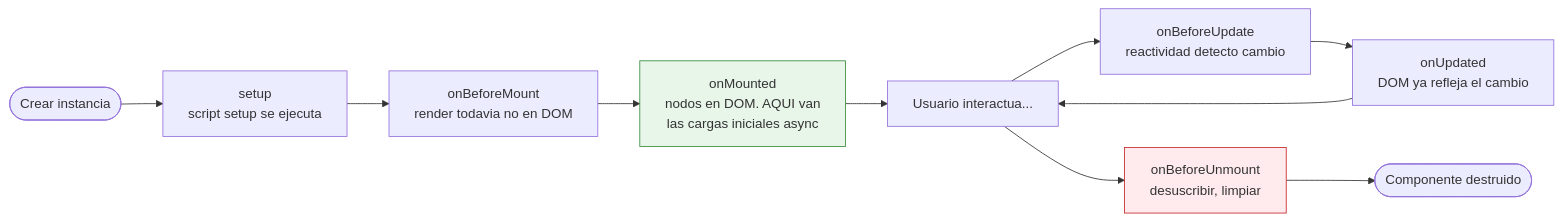
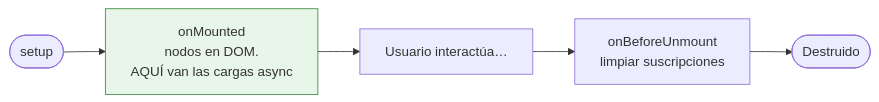
Before and after one commit to fgtortosa/cursos-2026: the fourth of 4 diagrams in curso-normalizacion/por-publicar/03-vue/sesiones/sesion-11-componentes-estado/index.md, drawn with Mermaid. The commit also changed other lines of this file and 5 other files, not shown here.

````diff
--- a/curso-normalizacion/por-publicar/03-vue/sesiones/sesion-11-componentes-estado/index.md
+++ b/curso-normalizacion/por-publicar/03-vue/sesiones/sesion-11-componentes-estado/index.md
@@ -653,14 +527,8 @@
 ```mermaid
 flowchart LR
-    A([Crear instancia]) --> B[setup<br/>script setup se ejecuta]
-    B --> C[onBeforeMount<br/>render todavia no en DOM]
-    C --> D[onMounted<br/>nodos en DOM. AQUI van<br/>las cargas iniciales async]
-    D --> E[Usuario interactua...]
-    E --> F[onBeforeUpdate<br/>reactividad detecto cambio]
-    F --> G[onUpdated<br/>DOM ya refleja el cambio]
-    G --> E
-    E --> H[onBeforeUnmount<br/>desuscribir, limpiar]
-    H --> I([Componente destruido])
-    style D fill:#e8f5e9,stroke:#388e3c
-    style H fill:#ffebee,stroke:#c62828
+    A([setup]) --> B[onMounted<br/>nodos en DOM.<br/>AQUÍ van las cargas async]
+    B --> C[Usuario interactúa…]
+    C --> D[onBeforeUnmount<br/>limpiar suscripciones]
+    D --> E([Destruido])
+    style B fill:#e8f5e9,stroke:#388e3c
 ```
````
